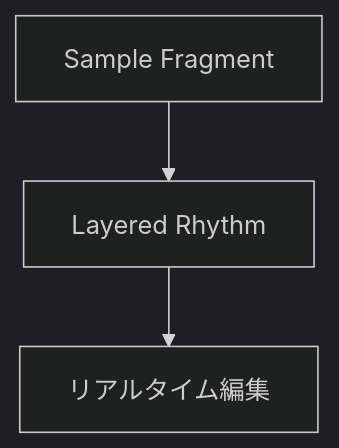
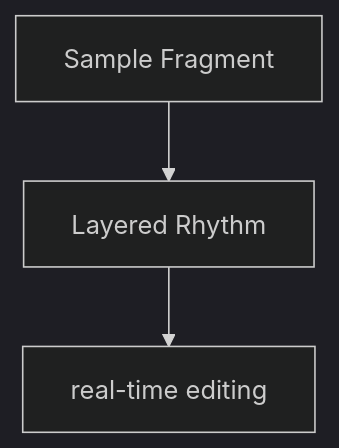
The fourth of 7 diagrams in en/_posts/2025-10-24-column-plastikman-richie-hawtin.md (monumental-movement/monumental-movement.github.io), drawn with Mermaid (dark theme) before and after one commit. The commit also changed other lines of this file and 152 other files, not shown here.

```diff
--- a/en/_posts/2025-10-24-column-plastikman-richie-hawtin.md
+++ b/en/_posts/2025-10-24-column-plastikman-richie-hawtin.md
@@ -233,7 +233,7 @@
 <div class="mermaid">
 
 graph TD
     A[Sample Fragment] --> B[Layered Rhythm]
-    B --> C[リアルタイム編集]
+    B --> C[real-time editing]
 
 </div>
```
